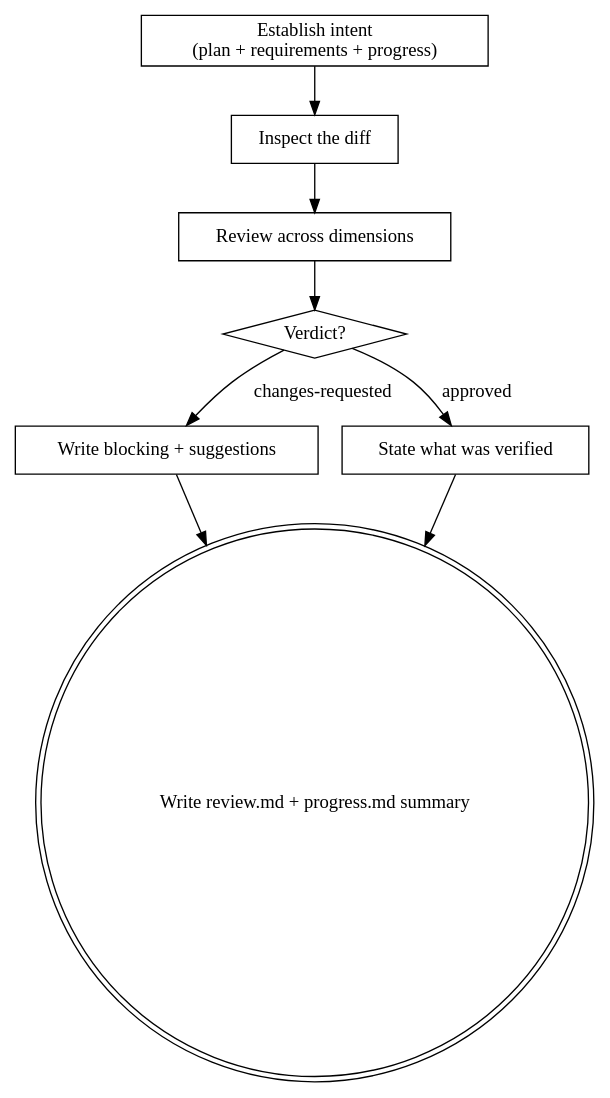
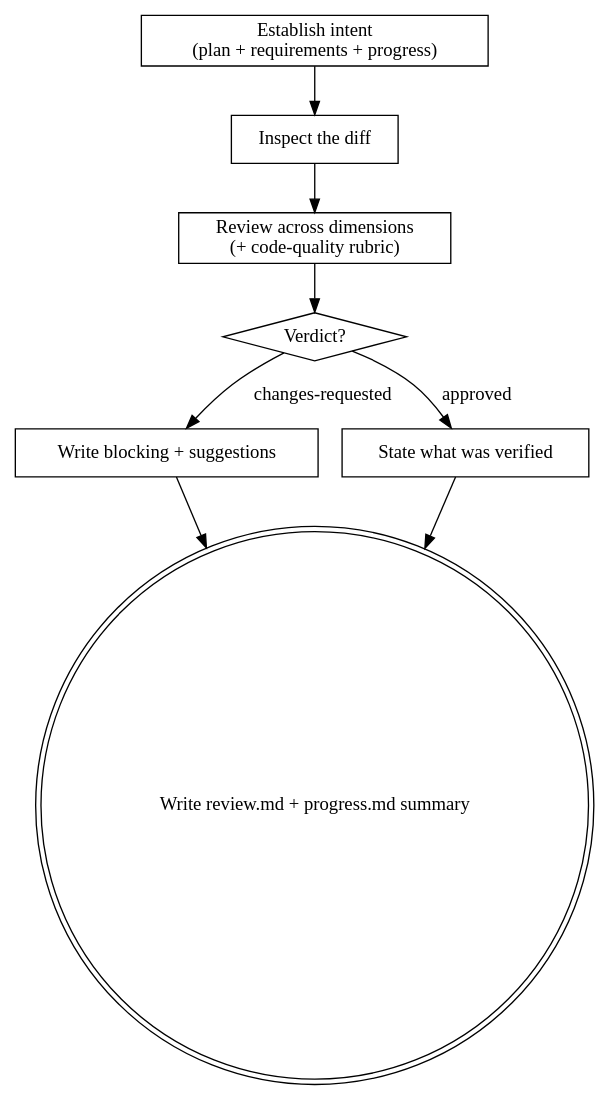
The diagram in skills/hamilton-review/SKILL.md (caiorcferreira/hamilton), drawn with Graphviz before and after one commit. The commit also changed other lines of this file and 1 other file, not shown here.

First line of the commit message:
docs(hamilton-review): add code-quality rubric reference

````diff
--- a/skills/hamilton-review/SKILL.md
+++ b/skills/hamilton-review/SKILL.md
@@ -106,19 +119,19 @@
 ```dot
 digraph hamilton_review {
     "Establish intent\n(plan + requirements + progress)" [shape=box];
     "Inspect the diff" [shape=box];
-    "Review across dimensions" [shape=box];
+    "Review across dimensions\n(+ code-quality rubric)" [shape=box];
     "Verdict?" [shape=diamond];
     "Write blocking + suggestions" [shape=box];
     "State what was verified" [shape=box];
     "Write review.md + progress.md summary" [shape=doublecircle];
 
     "Establish intent\n(plan + requirements + progress)" -> "Inspect the diff";
-    "Inspect the diff" -> "Review across dimensions";
-    "Review across dimensions" -> "Verdict?";
+    "Inspect the diff" -> "Review across dimensions\n(+ code-quality rubric)";
+    "Review across dimensions\n(+ code-quality rubric)" -> "Verdict?";
     "Verdict?" -> "Write blocking + suggestions" [label="changes-requested"];
     "Verdict?" -> "State what was verified" [label="approved"];
     "Write blocking + suggestions" -> "Write review.md + progress.md summary";
     "State what was verified" -> "Write review.md + progress.md summary";
 }
 ```
````
